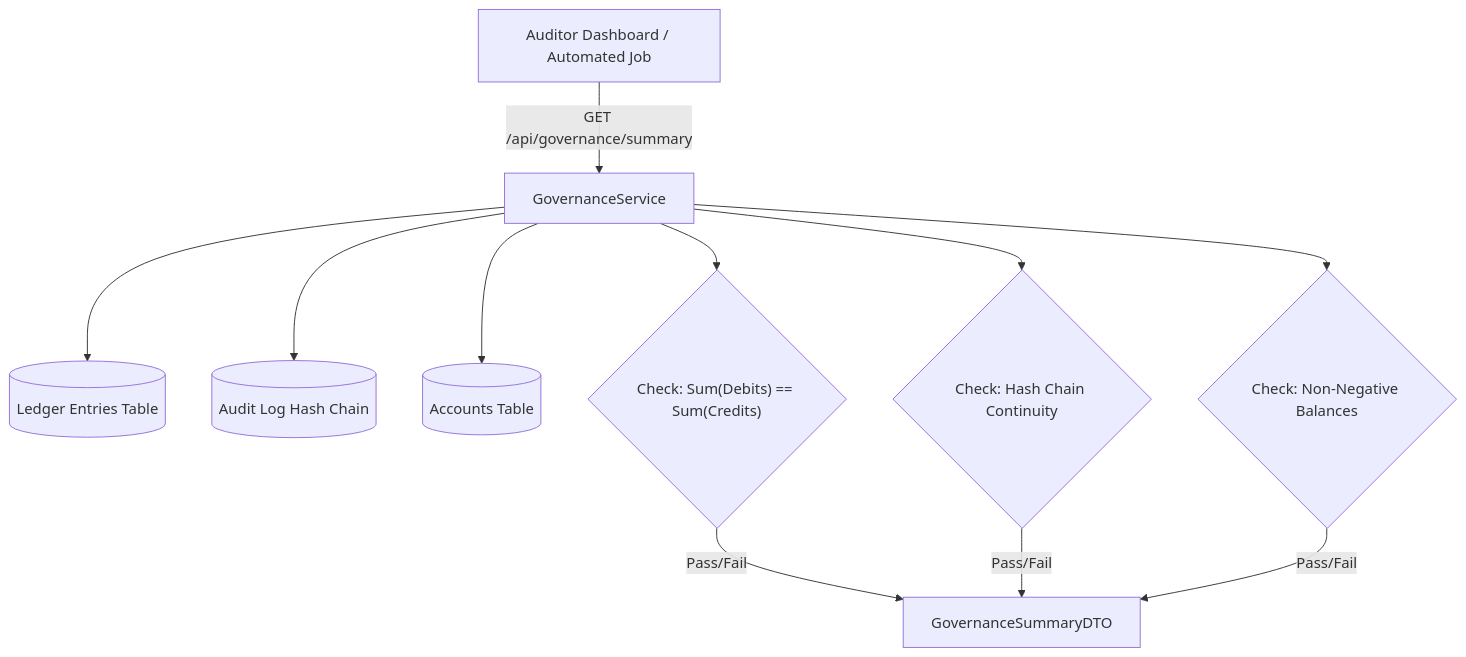
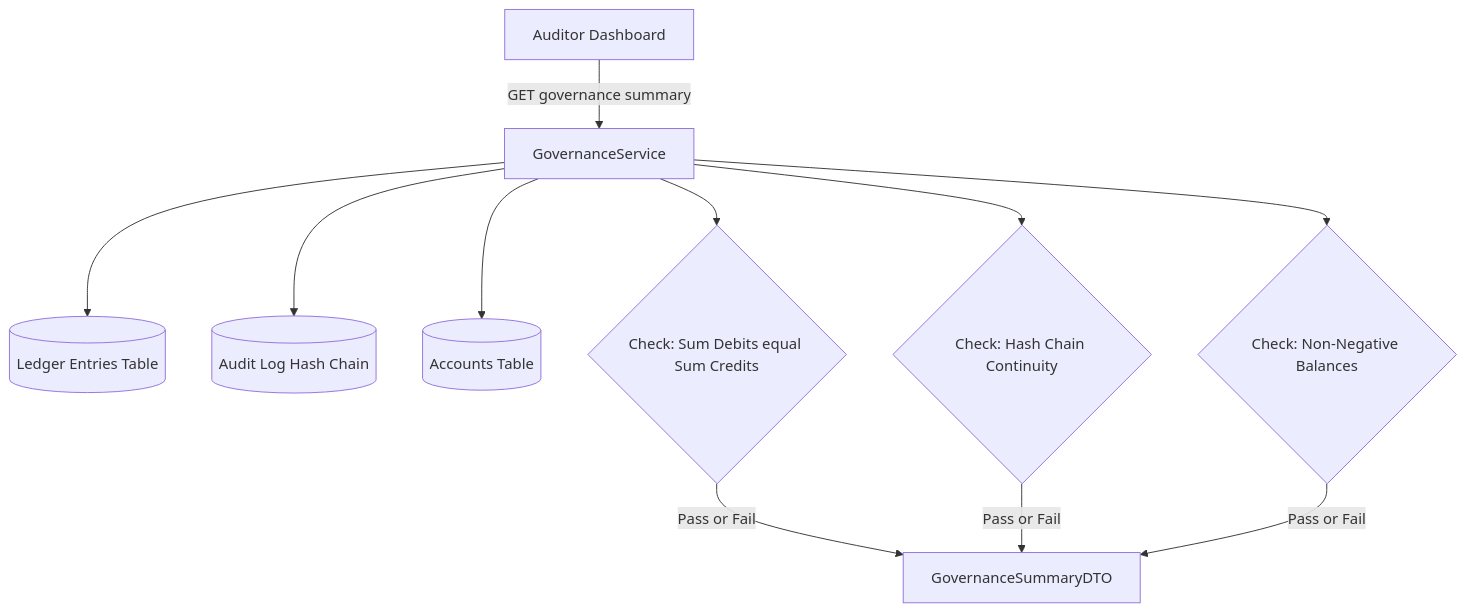
One commit to g-Jhansi/LedgerLine changed the fourth of 4 diagrams in HIRING_QUESTIONS.md. Above: the diagram before and after it, drawn with Mermaid. The commit also changed other lines of this file and 2 other files, not shown here.

Commit message:
fix(docs): fix Mermaid diagram syntax for GitHub Markdown rendering

````diff
--- a/HIRING_QUESTIONS.md
+++ b/HIRING_QUESTIONS.md
@@ -294,15 +294,15 @@
 ```mermaid
-flowchart TD
-    AUD["Auditor Dashboard / Automated Job"] -->|GET /api/governance/summary| GS["GovernanceService"]
-    GS --> DB1[("Ledger Entries Table")]
-    GS --> DB2[("Audit Log Hash Chain")]
-    GS --> DB3[("Accounts Table")]
+graph TD
+    AUD[Auditor Dashboard] -->|GET governance summary| GS[GovernanceService]
+    GS --> DB1[(Ledger Entries Table)]
+    GS --> DB2[(Audit Log Hash Chain)]
+    GS --> DB3[(Accounts Table)]
 
-    GS --> C1{"Check: Sum(Debits) == Sum(Credits)"}
-    GS --> C2{"Check: Hash Chain Continuity"}
-    GS --> C3{"Check: Non-Negative Balances"}
+    GS --> C1{Check: Sum Debits equal Sum Credits}
+    GS --> C2{Check: Hash Chain Continuity}
+    GS --> C3{Check: Non-Negative Balances}
 
-    C1 -->|Pass/Fail| RPT["GovernanceSummaryDTO"]
-    C2 -->|Pass/Fail| RPT
-    C3 -->|Pass/Fail| RPT
+    C1 -->|Pass or Fail| RPT[GovernanceSummaryDTO]
+    C2 -->|Pass or Fail| RPT
+    C3 -->|Pass or Fail| RPT
 ```
````
